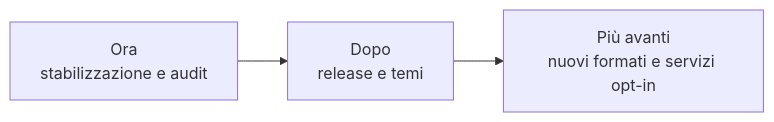
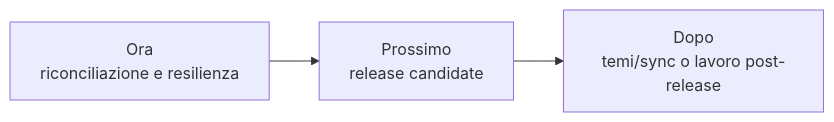
One commit to Fubeo/Fub changed the diagram in docs/project/roadmap.md. Above: the diagram before and after it, drawn with Mermaid. The commit also changed other lines of this file, not shown here.

Commit message:
docs: align roadmap with post-merge main

````diff
--- a/docs/project/roadmap.md
+++ b/docs/project/roadmap.md
@@ -12,5 +10,7 @@
 ```mermaid
 flowchart LR
-    NOW["Ora<br/>stabilizzazione e audit"] --> NEXT["Dopo<br/>release e temi"]
-    NEXT --> LATER["Più avanti<br/>nuovi formati e servizi opt-in"]
+    NOW["Ora<br/>riconciliazione e resilienza"]
+    RC["Prossimo<br/>release candidate"]
+    LATER["Dopo<br/>temi/sync o lavoro post-release"]
+    NOW --> RC --> LATER
 ```
````
